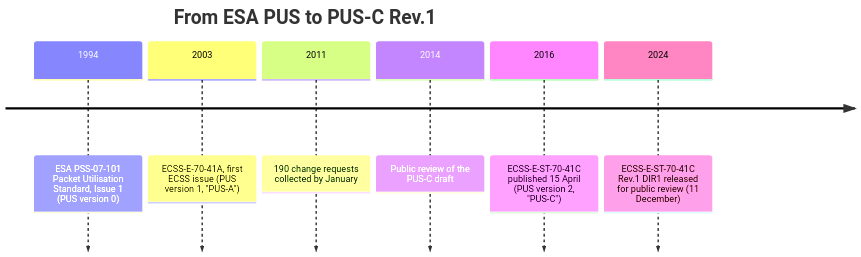
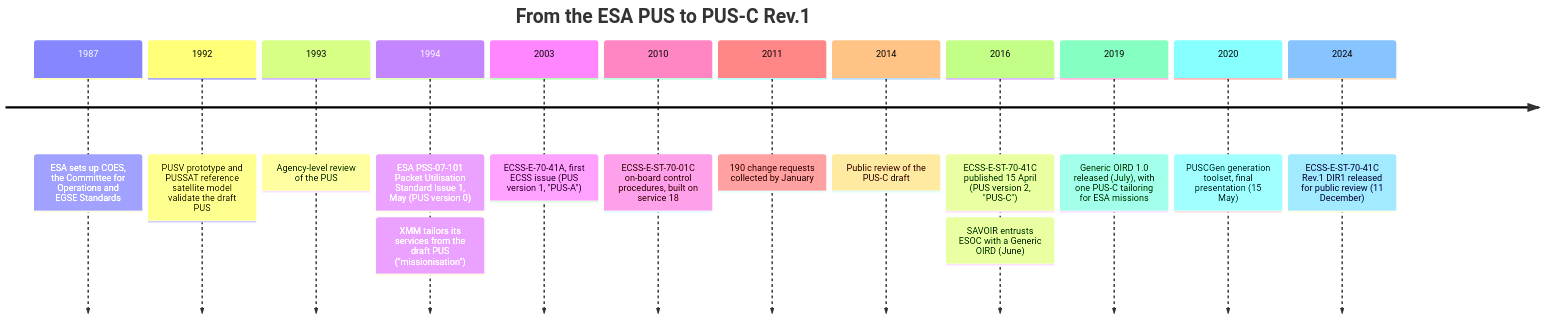
Before and after one commit to feiteira/OPEN-SPACE-INFO: the second of 5 diagrams in docs/ecss/pus/index.md, drawn with Mermaid. The commit also changed other lines of this file and 1311 other files, not shown here.

````diff
--- a/docs/ecss/pus/index.md
+++ b/docs/ecss/pus/index.md
@@ -64,10 +70,18 @@
 ```mermaid
 timeline
-  title From ESA PUS to PUS-C Rev.1
-  1994 : ESA PSS-07-101 Packet Utilisation Standard, Issue 1 (PUS version 0)
+  title From the ESA PUS to PUS-C Rev.1
+  1987 : ESA sets up COES, the Committee for Operations and EGSE Standards
+  1992 : PUSV prototype and PUSSAT reference satellite model validate the draft PUS
+  1993 : Agency-level review of the PUS
+  1994 : ESA PSS-07-101 Packet Utilisation Standard Issue 1, May (PUS version 0)
+       : XMM tailors its services from the draft PUS ("missionisation")
   2003 : ECSS-E-70-41A, first ECSS issue (PUS version 1, "PUS-A")
+  2010 : ECSS-E-ST-70-01C on-board control procedures, built on service 18
   2011 : 190 change requests collected by January
   2014 : Public review of the PUS-C draft
   2016 : ECSS-E-ST-70-41C published 15 April (PUS version 2, "PUS-C")
+       : SAVOIR entrusts ESOC with a Generic OIRD (June)
+  2019 : Generic OIRD 1.0 released (July), with one PUS-C tailoring for ESA missions
+  2020 : PUSCGen generation toolset, final presentation (15 May)
   2024 : ECSS-E-ST-70-41C Rev.1 DIR1 released for public review (11 December)
 ```
````
